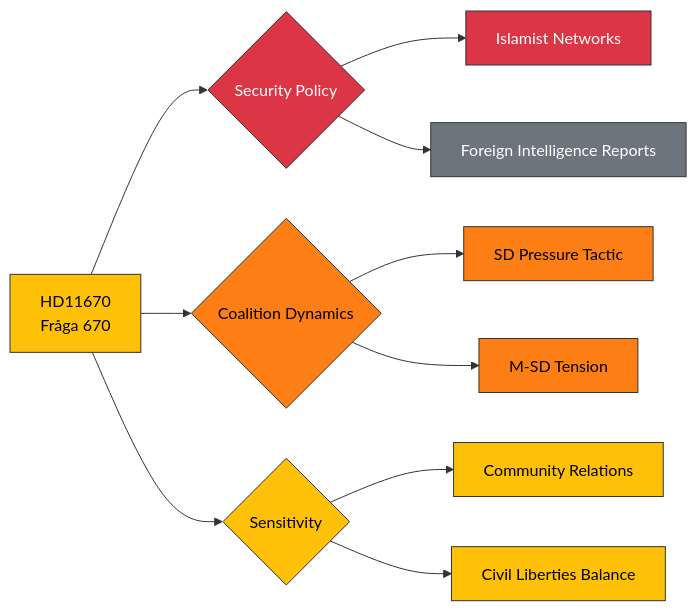
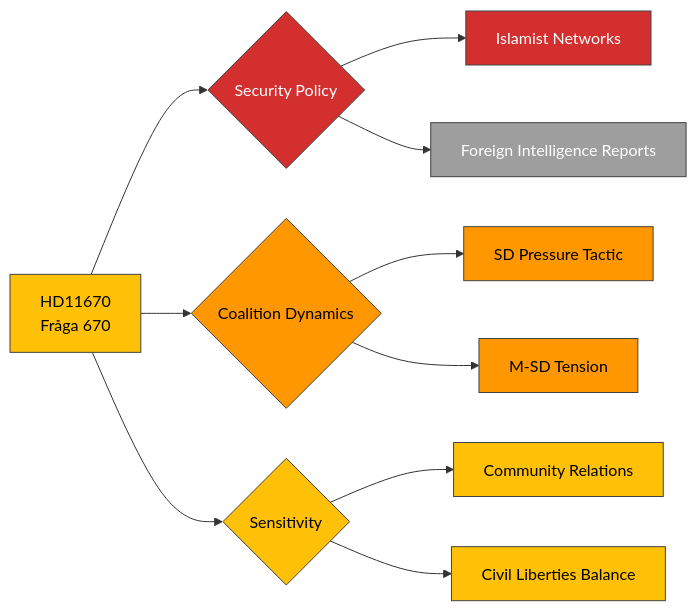
Before and after one commit to Hack23/riksdagsmonitor: the diagram in analysis/daily/2026-03-31/documents/hd11670-analysis.md, drawn with Mermaid. The commit also changed 785 other files, not shown here.

First line of the commit message:
Normalize mermaid colors across 786 analysis artifacts to ISMS Style Guide palette

````diff
--- a/analysis/daily/2026-03-31/documents/hd11670-analysis.md
+++ b/analysis/daily/2026-03-31/documents/hd11670-analysis.md
@@ -30,22 +30,22 @@
 ```mermaid
 graph LR
     A[HD11670<br/>Fråga 670] --> B{Security Policy}
     B --> C[Islamist Networks]
     B --> D[Foreign Intelligence Reports]
     A --> E{Coalition Dynamics}
     E --> F[SD Pressure Tactic]
     E --> G[M-SD Tension]
     A --> H{Sensitivity}
     H --> I[Community Relations]
     H --> J[Civil Liberties Balance]
-    style A fill:#ffc107,stroke:#333,color:#000
-    style B fill:#dc3545,stroke:#333,color:#fff
-    style E fill:#fd7e14,stroke:#333,color:#000
-    style H fill:#ffc107,stroke:#333,color:#000
-    style C fill:#dc3545,stroke:#333,color:#fff
-    style D fill:#6c757d,stroke:#333,color:#fff
-    style F fill:#fd7e14,stroke:#333,color:#000
-    style G fill:#fd7e14,stroke:#333,color:#000
-    style I fill:#ffc107,stroke:#333,color:#000
-    style J fill:#ffc107,stroke:#333,color:#000
+    style A fill:#FFC107,stroke:#424242,color:#000000
+    style B fill:#D32F2F,stroke:#424242,color:#FFFFFF
+    style E fill:#FF9800,stroke:#424242,color:#000000
+    style H fill:#FFC107,stroke:#424242,color:#000000
+    style C fill:#D32F2F,stroke:#424242,color:#FFFFFF
+    style D fill:#9E9E9E,stroke:#424242,color:#FFFFFF
+    style F fill:#FF9800,stroke:#424242,color:#000000
+    style G fill:#FF9800,stroke:#424242,color:#000000
+    style I fill:#FFC107,stroke:#424242,color:#000000
+    style J fill:#FFC107,stroke:#424242,color:#000000
 ```
````
